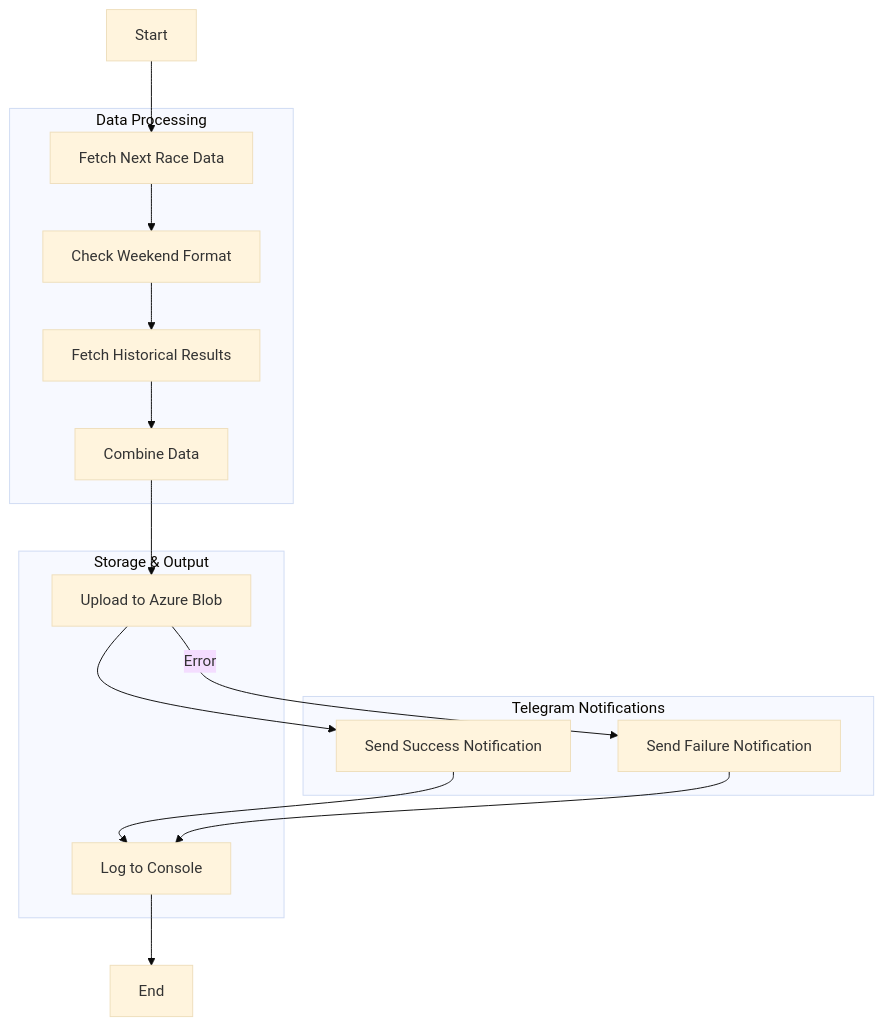
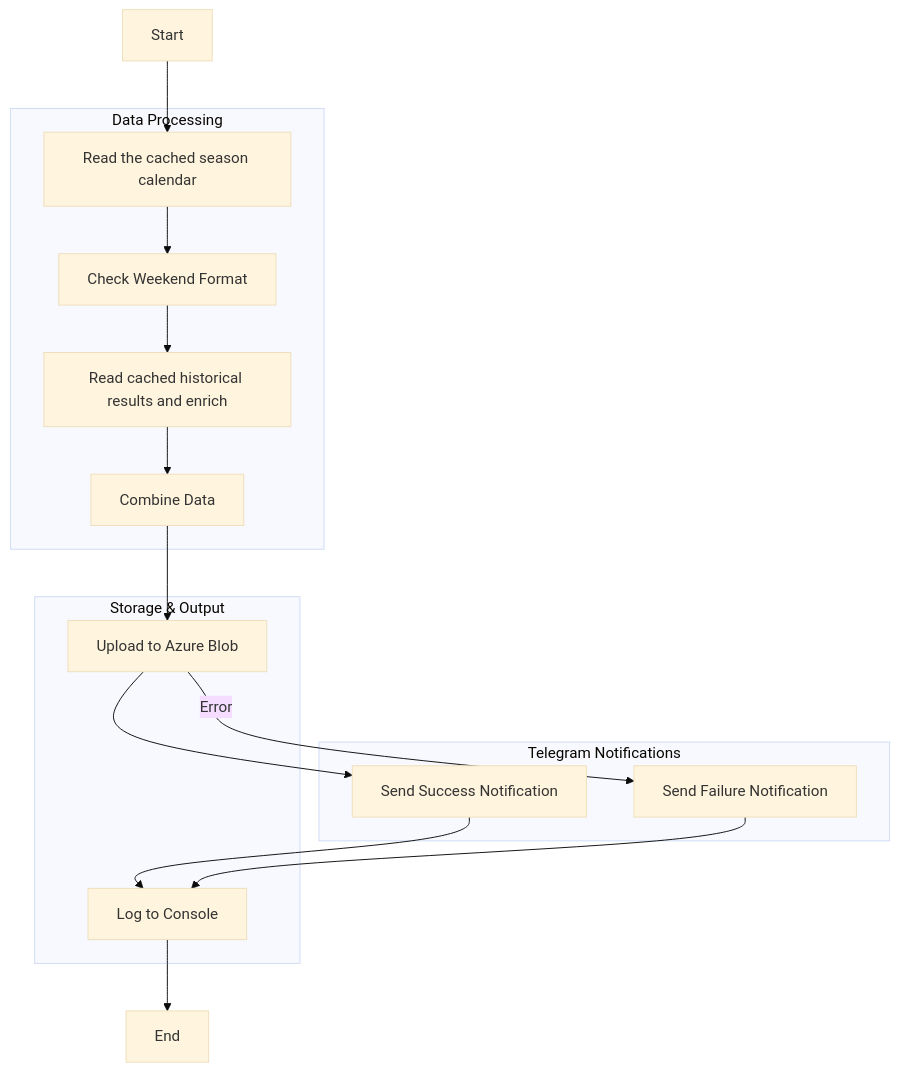
Before and after one commit to F1-fantazy-bot/f1-fantasy-next-race-info: the diagram in README.md, drawn with Mermaid (base theme). The commit also changed other lines of this file and 4 other files, not shown here.

Commit message:
Read next-race enrichment data from the Jolpica cache (#29)

````diff
--- a/README.md
+++ b/README.md
@@ -235,30 +227,30 @@
 ```mermaid
 graph TD
-    A[Start] --> B[Fetch Next Race Data]
+    A[Start] --> B[Read the cached season calendar]
     B --> C[Check Weekend Format]
-    C --> D[Fetch Historical Results]
+    C --> D[Read cached historical results and enrich]
     D --> E[Combine Data]
     E --> F[Upload to Azure Blob]
     F --> G1[Send Success Notification]
     F -- Error --> G2[Send Failure Notification]
     G1 --> H[Log to Console]
     G2 --> H
     H --> I[End]
 
     subgraph Telegram Notifications
         G1
         G2
     end
 
     subgraph Data Processing
         B
         C
         D
         E
     end
 
     subgraph Storage & Output
         F
         H
     end
 ```
````
